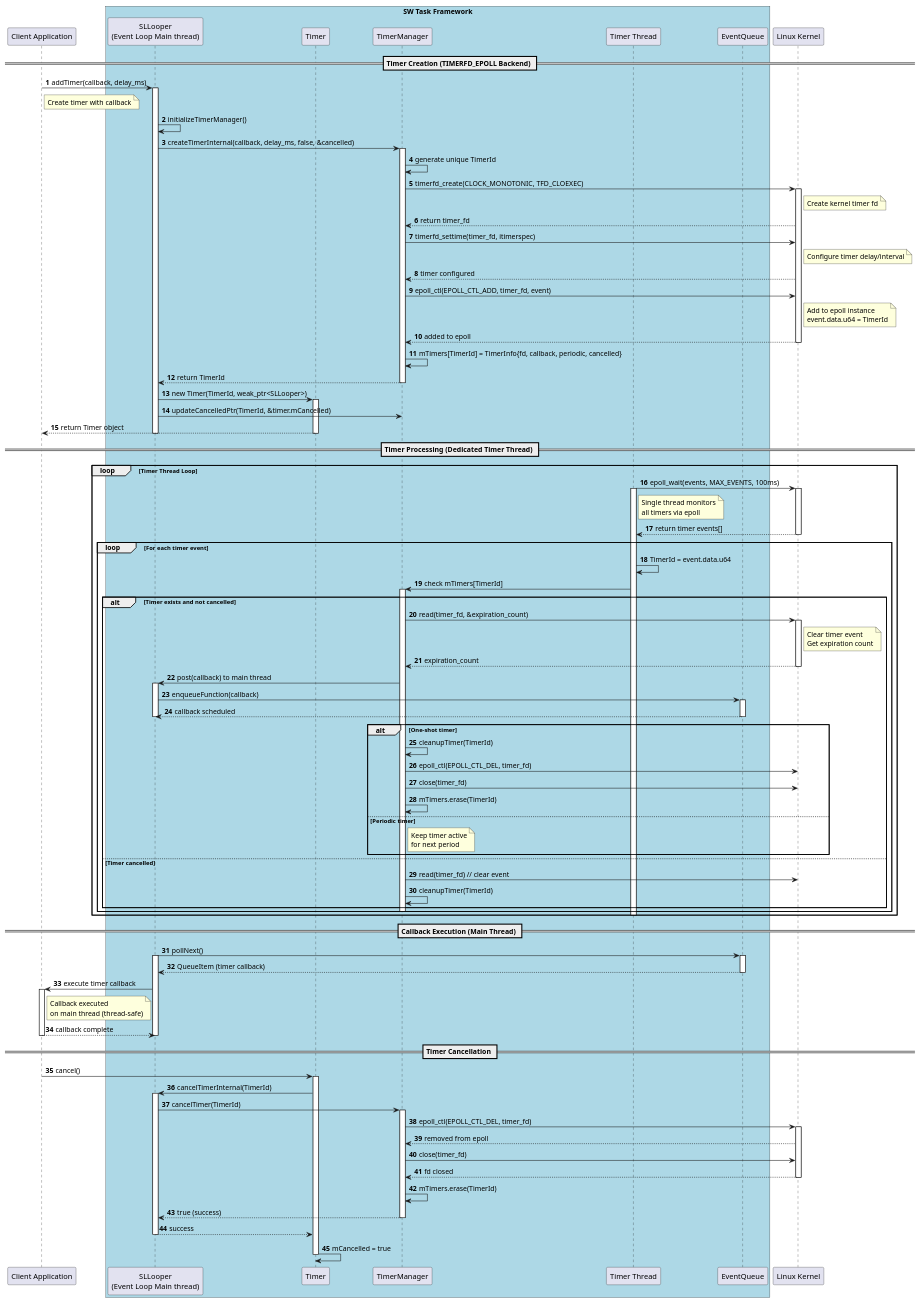
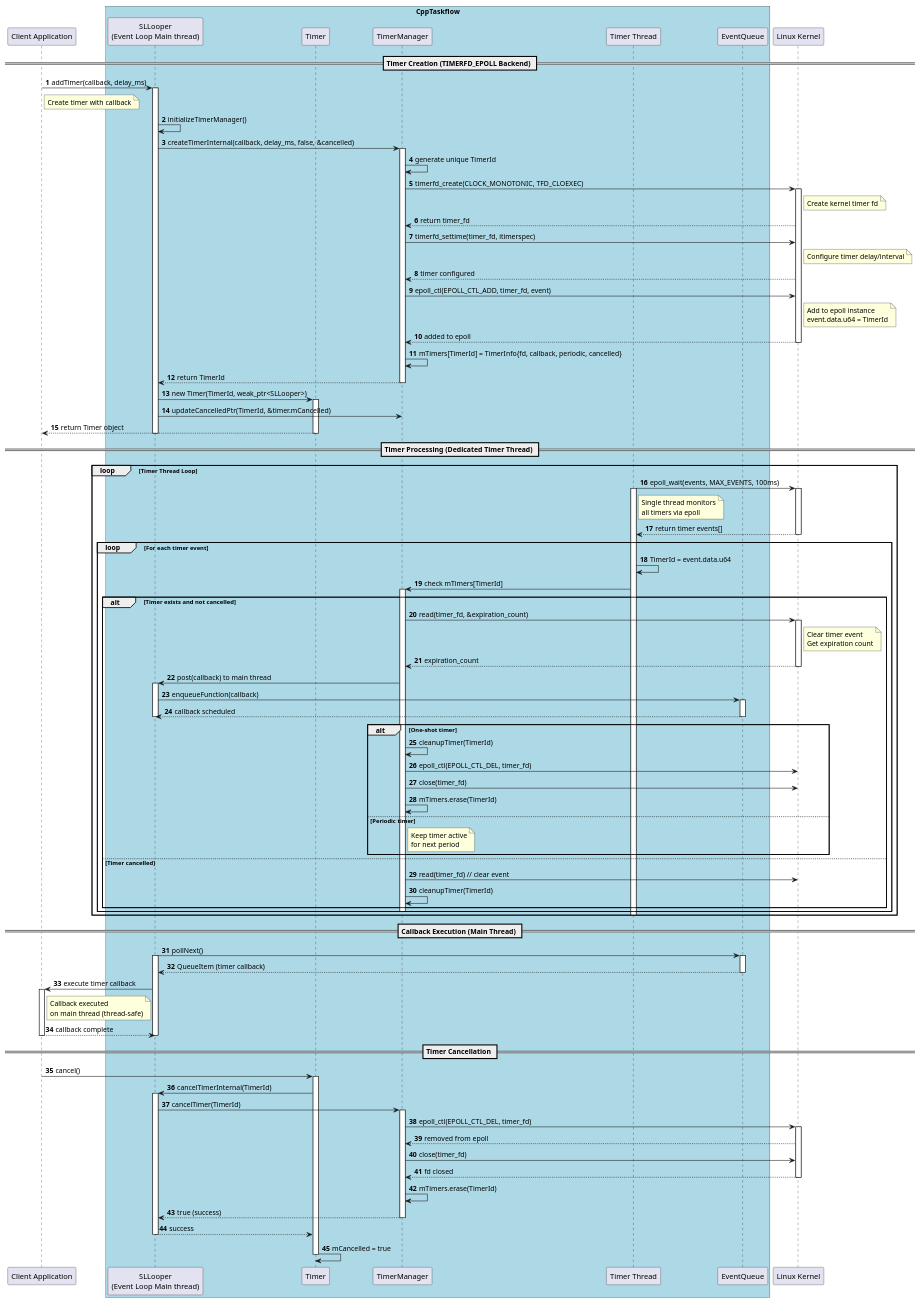
The diagram in doc/design/sw_task/timer_timerfd_epoll.puml (taikt/sw_task), drawn with PlantUML before and after one commit. The commit also changed 16 other files, not shown here.

```diff
--- a/doc/design/sw_task/timer_timerfd_epoll.puml
+++ b/doc/design/sw_task/timer_timerfd_epoll.puml
@@ -1,138 +1,138 @@
 @startuml
-'title "SW Task Framework - TimerManager TIMERFD_EPOLL Backend"
+'title "CppTaskflow - TimerManager TIMERFD_EPOLL Backend"
 
 autonumber
 
 participant "Client Application" as Client
 
-box "SW Task Framework" #LightBlue
+box "CppTaskflow" #LightBlue
     participant "SLLooper\n(Event Loop Main thread)" as MainLoop
     participant "Timer" as Timer
     participant "TimerManager" as TimerMgr
     participant "Timer Thread" as TimerThread
     participant "EventQueue" as MQ
 end box
 
 participant "Linux Kernel" as LinuxKernel
 
 == Timer Creation (TIMERFD_EPOLL Backend) ==
 Client -> MainLoop : addTimer(callback, delay_ms)
 activate MainLoop
 note right of Client : Create timer with callback
 
 MainLoop -> MainLoop : initializeTimerManager()
 
 MainLoop -> TimerMgr : createTimerInternal(callback, delay_ms, false, &cancelled)
 activate TimerMgr
 
 TimerMgr -> TimerMgr : generate unique TimerId
 TimerMgr -> LinuxKernel : timerfd_create(CLOCK_MONOTONIC, TFD_CLOEXEC)
 activate LinuxKernel
 note right of LinuxKernel : Create kernel timer fd
 LinuxKernel --> TimerMgr : return timer_fd
 
 TimerMgr -> LinuxKernel : timerfd_settime(timer_fd, itimerspec)
 note right of LinuxKernel : Configure timer delay/interval
 LinuxKernel --> TimerMgr : timer configured
 
 TimerMgr -> LinuxKernel : epoll_ctl(EPOLL_CTL_ADD, timer_fd, event)
 note right of LinuxKernel : Add to epoll instance\nevent.data.u64 = TimerId
 LinuxKernel --> TimerMgr : added to epoll
 deactivate LinuxKernel
 
 TimerMgr -> TimerMgr : mTimers[TimerId] = TimerInfo{fd, callback, periodic, cancelled}
 TimerMgr --> MainLoop : return TimerId
 deactivate TimerMgr
 
 MainLoop -> Timer : new Timer(TimerId, weak_ptr<SLLooper>)
 activate Timer
 MainLoop -> TimerMgr : updateCancelledPtr(TimerId, &timer.mCancelled)
 Timer --> Client : return Timer object
 deactivate Timer
 deactivate MainLoop
 
 == Timer Processing (Dedicated Timer Thread) ==
 loop Timer Thread Loop
     TimerThread -> LinuxKernel : epoll_wait(events, MAX_EVENTS, 100ms)
     activate TimerThread
     activate LinuxKernel
     note right of TimerThread : Single thread monitors\nall timers via epoll
     
     LinuxKernel --> TimerThread : return timer events[]
     deactivate LinuxKernel
     
     loop For each timer event
         TimerThread -> TimerThread : TimerId = event.data.u64
         TimerThread -> TimerMgr : check mTimers[TimerId]
         activate TimerMgr
         
         alt Timer exists and not cancelled
             TimerMgr -> LinuxKernel : read(timer_fd, &expiration_count)
             activate LinuxKernel
             note right of LinuxKernel : Clear timer event\nGet expiration count
             LinuxKernel --> TimerMgr : expiration_count
             deactivate LinuxKernel
             
             TimerMgr -> MainLoop : post(callback) to main thread
             activate MainLoop
             MainLoop -> MQ : enqueueFunction(callback)
             activate MQ
             MQ --> MainLoop : callback scheduled
             deactivate MQ
             deactivate MainLoop
             
             alt One-shot timer
                 TimerMgr -> TimerMgr : cleanupTimer(TimerId)
                 TimerMgr -> LinuxKernel : epoll_ctl(EPOLL_CTL_DEL, timer_fd)
                 TimerMgr -> LinuxKernel : close(timer_fd)
                 TimerMgr -> TimerMgr : mTimers.erase(TimerId)
             else Periodic timer
                 note right of TimerMgr : Keep timer active\nfor next period
             end
         else Timer cancelled
             TimerMgr -> LinuxKernel : read(timer_fd) // clear event
             TimerMgr -> TimerMgr : cleanupTimer(TimerId)
         end
         deactivate TimerMgr
     end
     deactivate TimerThread
 end
 
 == Callback Execution (Main Thread) ==
 MainLoop -> MQ : pollNext()
 activate MainLoop
 activate MQ
 MQ --> MainLoop : QueueItem (timer callback)
 deactivate MQ
 
 MainLoop -> Client : execute timer callback
 activate Client
 note right of Client : Callback executed\non main thread (thread-safe)
 Client --> MainLoop : callback complete
 deactivate Client
 deactivate MainLoop
 
 == Timer Cancellation ==
 Client -> Timer : cancel()
 activate Timer
 Timer -> MainLoop : cancelTimerInternal(TimerId)
 activate MainLoop
 MainLoop -> TimerMgr : cancelTimer(TimerId)
 activate TimerMgr
 
 TimerMgr -> LinuxKernel : epoll_ctl(EPOLL_CTL_DEL, timer_fd)
 activate LinuxKernel
 LinuxKernel --> TimerMgr : removed from epoll
 TimerMgr -> LinuxKernel : close(timer_fd)
 LinuxKernel --> TimerMgr : fd closed
 deactivate LinuxKernel
 
 TimerMgr -> TimerMgr : mTimers.erase(TimerId)
 TimerMgr --> MainLoop : true (success)
 deactivate TimerMgr
 MainLoop --> Timer : success
 deactivate MainLoop
 Timer -> Timer : mCancelled = true
 deactivate Timer
 
 @enduml
```
